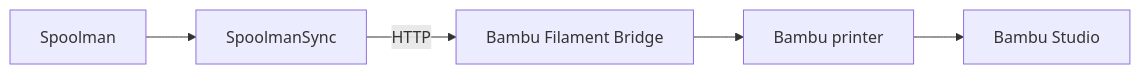
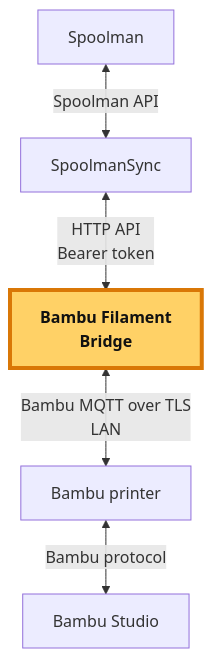
One commit to misch2/bambu-filament-bridge changed the diagram in README.md. Above: the diagram before and after it, drawn with Mermaid.

Commit message:
Revise flowchart layout and API connections
Updated flowchart to use TD layout and added API details.

````diff
--- a/README.md
+++ b/README.md
@@ -13,7 +13,16 @@
 ```mermaid
-flowchart LR
-  Spoolman[Spoolman] --> SpoolmanSync[SpoolmanSync]
-  SpoolmanSync -->|HTTP| Bridge[Bambu Filament Bridge]
-  Bridge --> Printer[Bambu printer]
-  Printer --> Studio[Bambu Studio]
+flowchart TD
+  Spoolman[Spoolman]
+  SpoolmanSync[SpoolmanSync]
+  Bridge["Bambu Filament<br/>Bridge"]
+  Printer[Bambu printer]
+  Studio[Bambu Studio]
+
+  Spoolman <-->|Spoolman API| SpoolmanSync
+  SpoolmanSync <-->|HTTP API<br/>Bearer token| Bridge
+  Bridge <-->|Bambu MQTT over TLS<br/>LAN| Printer
+  Printer <-->|Bambu protocol| Studio
+
+  classDef bridge fill:#ffd166,stroke:#d97706,stroke-width:4px,color:#111,font-weight:bold;
+  class Bridge bridge;
 ```
````
